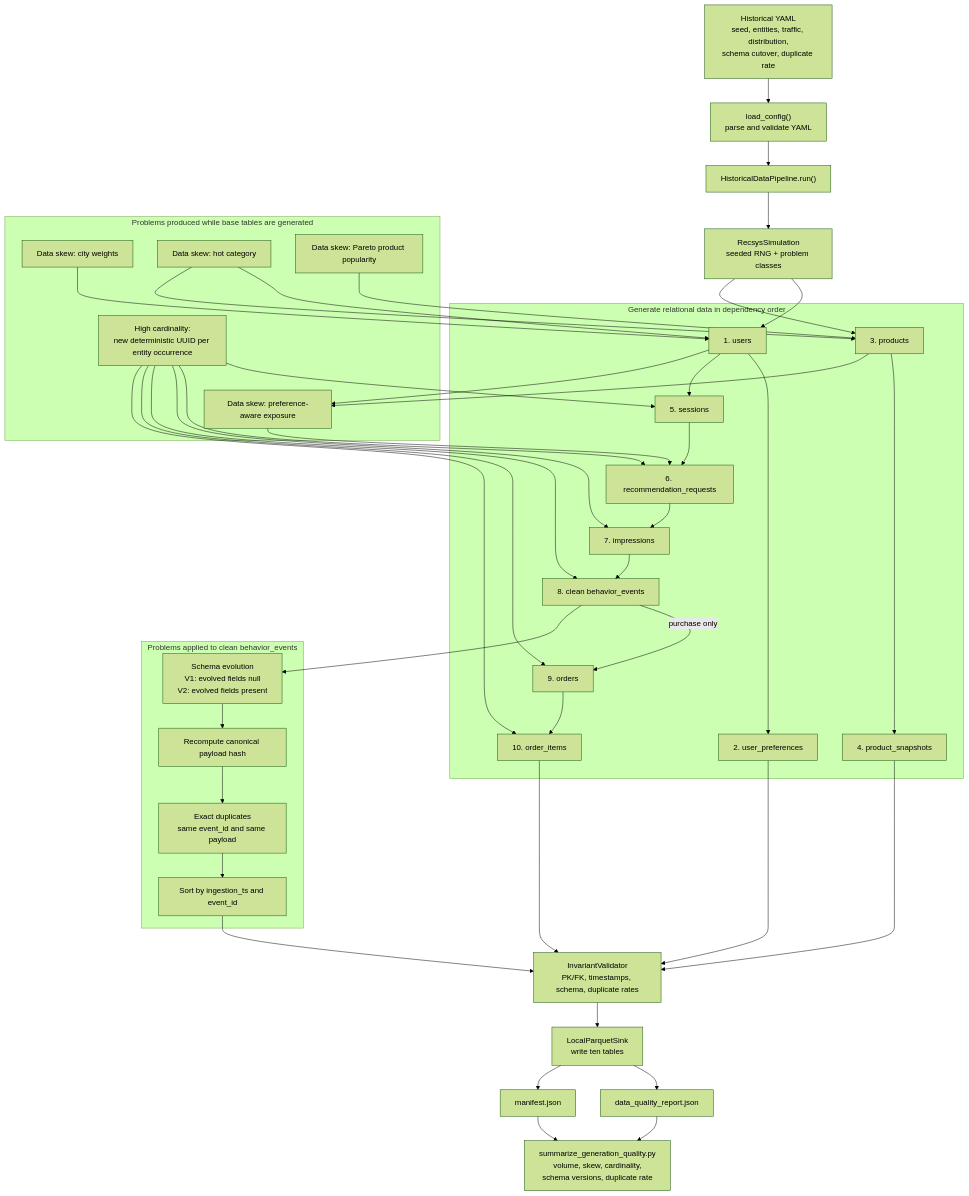
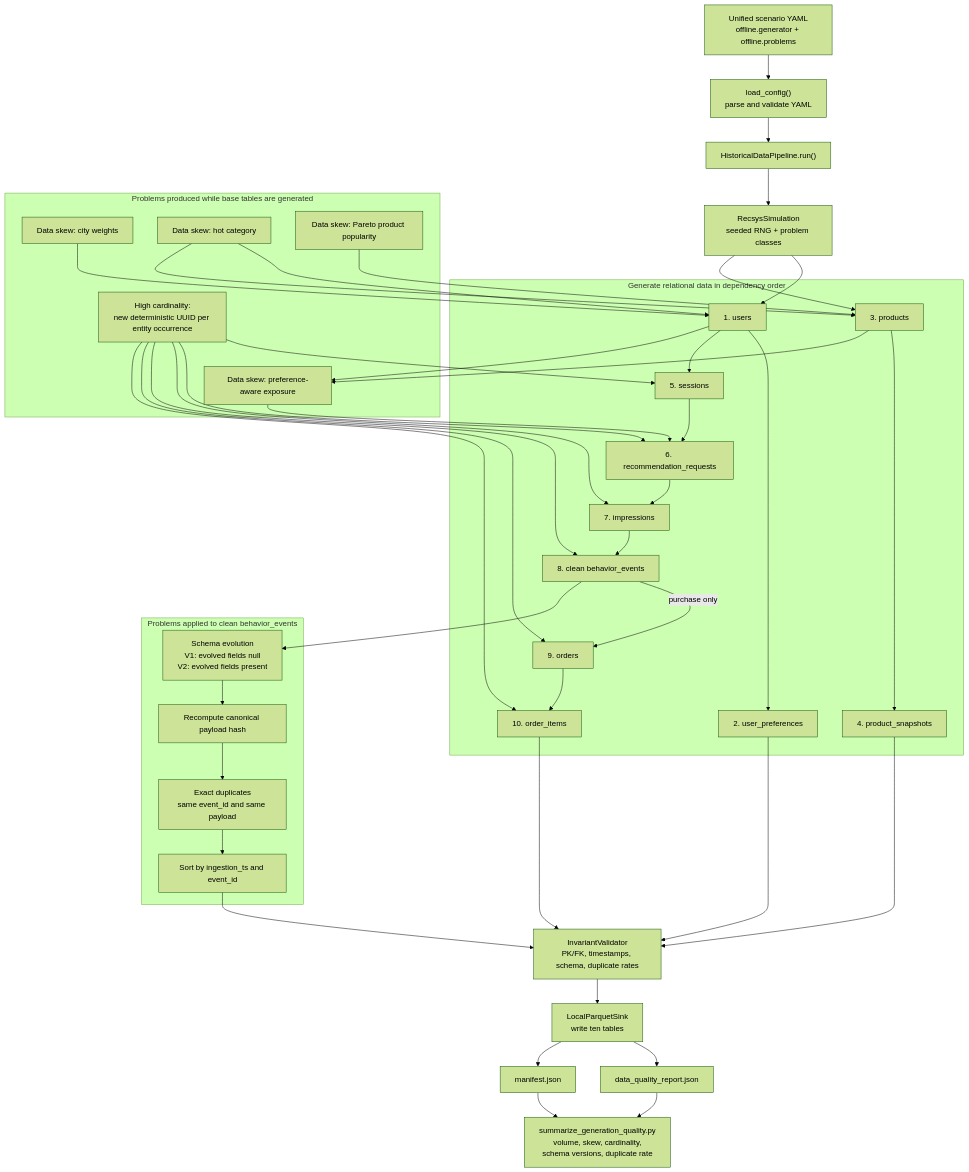
One commit to itsmekhoathekid/RecSys-MLops changed the first of 4 diagrams in docs/submission/rubic-(mini-coursework)/data_generator.md. Above: the diagram before and after it, drawn with Mermaid (forest theme). The commit also changed other lines of this file and 29 other files, not shown here.

````diff
--- a/docs/submission/rubic-(mini-coursework)/data_generator.md
+++ b/docs/submission/rubic-(mini-coursework)/data_generator.md
@@ -109,77 +227,77 @@
 ```mermaid
 flowchart TD
-    CFG["Historical YAML<br/>seed, entities, traffic, distribution,<br/>schema cutover, duplicate rate"]
+    CFG["Unified scenario YAML<br/>offline.generator + offline.problems"]
     LOAD["load_config()<br/>parse and validate YAML"]
     PIPE["HistoricalDataPipeline.run()"]
     INIT["RecsysSimulation<br/>seeded RNG + problem classes"]
 
     subgraph BASE["Generate relational data in dependency order"]
         U["1. users"]
         UP["2. user_preferences"]
         P["3. products"]
         PS["4. product_snapshots"]
         S["5. sessions"]
         R["6. recommendation_requests"]
         I["7. impressions"]
         E["8. clean behavior_events"]
         O["9. orders"]
         OI["10. order_items"]
 
         U --> UP
         U --> S
         P --> PS
         S --> R
         R --> I
         I --> E
         E -->|"purchase only"| O
         O --> OI
     end
 
     subgraph GENERATED["Problems produced while base tables are generated"]
         CITY["Data skew: city weights"]
         CAT["Data skew: hot category"]
         POP["Data skew: Pareto product popularity"]
         EXP["Data skew: preference-aware exposure"]
         CARD["High cardinality:<br/>new deterministic UUID per entity occurrence"]
     end
 
     subgraph INJECTED["Problems applied to clean behavior_events"]
         SE["Schema evolution<br/>V1: evolved fields null<br/>V2: evolved fields present"]
         HASH["Recompute canonical payload hash"]
         DUP["Exact duplicates<br/>same event_id and same payload"]
         SORT["Sort by ingestion_ts and event_id"]
     end
 
     VALIDATE["InvariantValidator<br/>PK/FK, timestamps, schema, duplicate rates"]
     WRITE["LocalParquetSink<br/>write ten tables"]
     DQ["data_quality_report.json"]
     MANIFEST["manifest.json"]
     SUMMARY["summarize_generation_quality.py<br/>volume, skew, cardinality,<br/>schema versions, duplicate rate"]
 
     CFG --> LOAD --> PIPE --> INIT
     INIT --> U
     INIT --> P
     CITY --> U
     CAT --> U
     CAT --> P
     POP --> P
     U --> EXP
     P --> EXP
     EXP --> R
     CARD --> S
     CARD --> R
     CARD --> I
     CARD --> E
     CARD --> O
     CARD --> OI
     E --> SE --> HASH --> DUP --> SORT
     UP --> VALIDATE
     PS --> VALIDATE
     SORT --> VALIDATE
     OI --> VALIDATE
     VALIDATE --> WRITE
     WRITE --> DQ
     WRITE --> MANIFEST
     DQ --> SUMMARY
     MANIFEST --> SUMMARY
 ```
````
